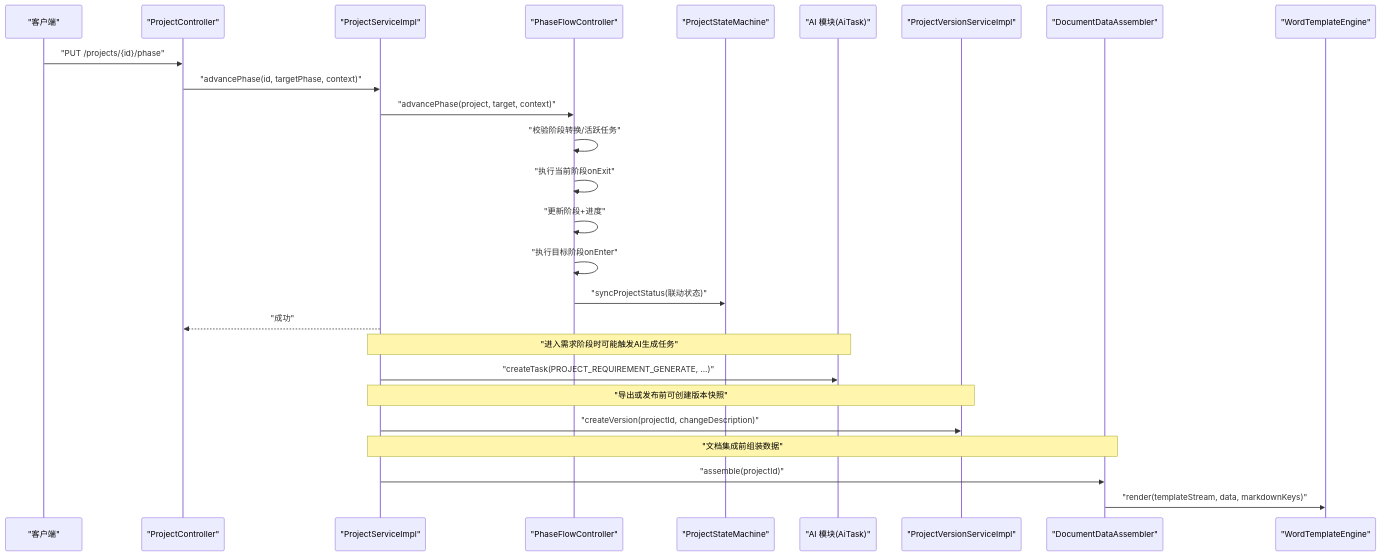
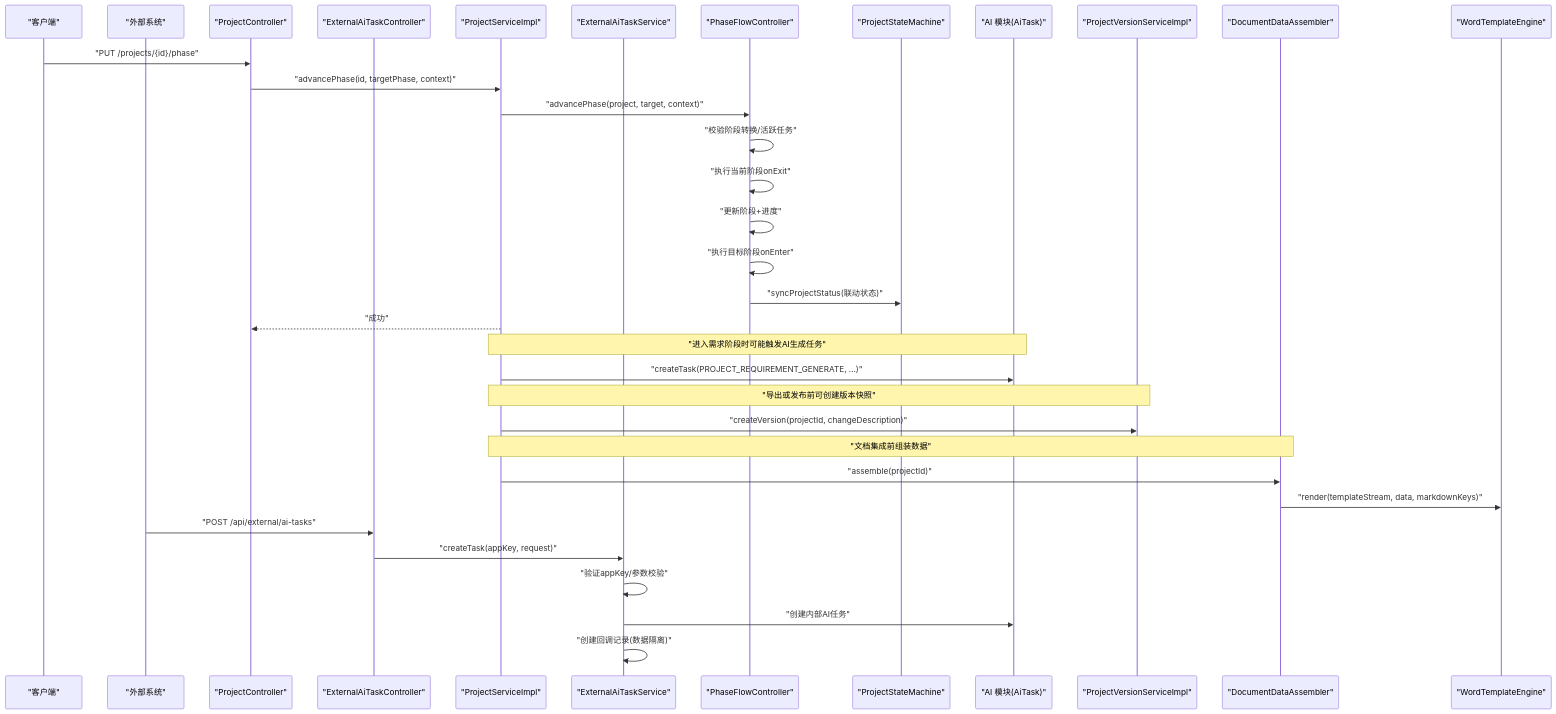
The second of 9 diagrams in .qoder/repowiki/zh/content/后端服务/核心业务服务 (ele-ai-tender-core)/核心业务服务 (ele-ai-tender-core).md (DrunkFood/First), drawn with Mermaid before and after one commit. The commit also changed other lines of this file and 66 other files, not shown here.

````diff
--- a/.qoder/repowiki/zh/content/后端服务/核心业务服务 (ele-ai-tender-core)/核心业务服务 (ele-ai-tender-core).md
+++ b/.qoder/repowiki/zh/content/后端服务/核心业务服务 (ele-ai-tender-core)/核心业务服务 (ele-ai-tender-core).md
@@ -108,28 +124,36 @@
 ```mermaid
 sequenceDiagram
 participant Client as "客户端"
+participant ExtClient as "外部系统"
 participant Controller as "ProjectController"
+participant ExtController as "ExternalAiTaskController"
 participant Service as "ProjectServiceImpl"
+participant ExtService as "ExternalAiTaskService"
 participant PhaseCtrl as "PhaseFlowController"
 participant StateMachine as "ProjectStateMachine"
 participant AI as "AI 模块(AiTask)"
 participant VerSvc as "ProjectVersionServiceImpl"
 participant Assembler as "DocumentDataAssembler"
 participant FileEng as "WordTemplateEngine"
 Client->>Controller : "PUT /projects/{id}/phase"
 Controller->>Service : "advancePhase(id, targetPhase, context)"
 Service->>PhaseCtrl : "advancePhase(project, target, context)"
 PhaseCtrl->>PhaseCtrl : "校验阶段转换/活跃任务"
 PhaseCtrl->>PhaseCtrl : "执行当前阶段onExit"
 PhaseCtrl->>PhaseCtrl : "更新阶段+进度"
 PhaseCtrl->>PhaseCtrl : "执行目标阶段onEnter"
 PhaseCtrl->>StateMachine : "syncProjectStatus(联动状态)"
 Service-->>Controller : "成功"
 Note over Service,AI : "进入需求阶段时可能触发AI生成任务"
 Service->>AI : "createTask(PROJECT_REQUIREMENT_GENERATE, ...)"
 Note over Service,VerSvc : "导出或发布前可创建版本快照"
 Service->>VerSvc : "createVersion(projectId, changeDescription)"
 Note over Service,Assembler : "文档集成前组装数据"
 Service->>Assembler : "assemble(projectId)"
 Assembler->>FileEng : "render(templateStream, data, markdownKeys)"
+ExtClient->>ExtController : "POST /api/external/ai-tasks"
+ExtController->>ExtService : "createTask(appKey, request)"
+ExtService->>ExtService : "验证appKey/参数校验"
+ExtService->>AI : "创建内部AI任务"
+ExtService->>ExtService : "创建回调记录(数据隔离)"
 ```
````
